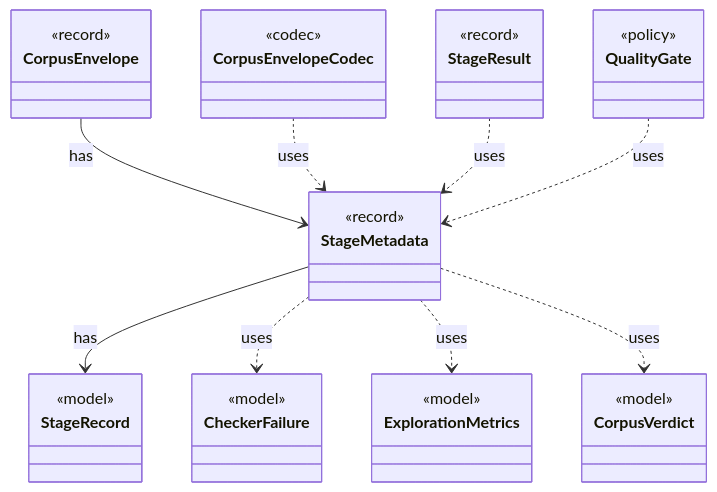
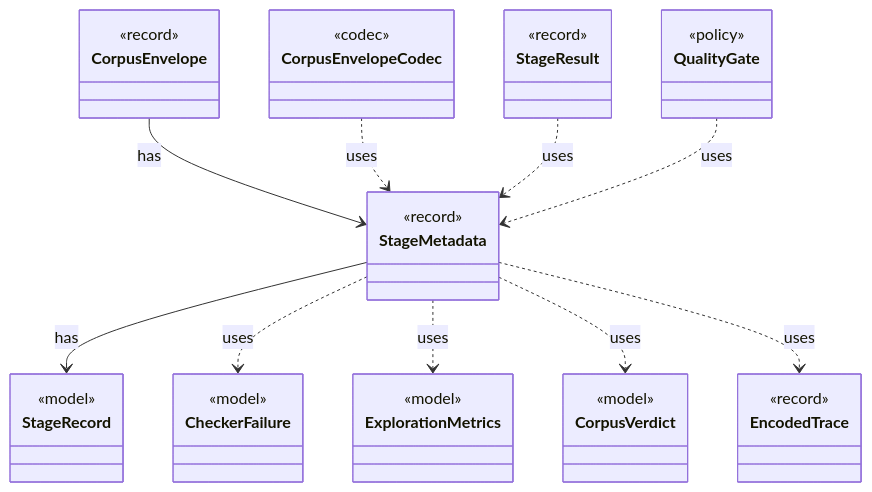
The diagram in dev/types/io.github.tlaplus.hardening.corpus.StageMetadata.md (tlaplus/model-checker-hardening), drawn with Mermaid before and after one commit. The commit also changed other lines of this file and 435 other files, not shown here.

````diff
--- a/dev/types/io.github.tlaplus.hardening.corpus.StageMetadata.md
+++ b/dev/types/io.github.tlaplus.hardening.corpus.StageMetadata.md
@@ -7,38 +7,42 @@
 ```mermaid
 classDiagram
   class StageMetadata {
     <<record>>
   }
   class StageRecord {
     <<model>>
   }
   class CorpusEnvelope {
     <<record>>
   }
   class CheckerFailure {
     <<model>>
   }
   class ExplorationMetrics {
     <<model>>
   }
   class CorpusVerdict {
     <<model>>
   }
+  class EncodedTrace {
+    <<record>>
+  }
   class CorpusEnvelopeCodec {
     <<codec>>
   }
   class StageResult {
     <<record>>
   }
   class QualityGate {
     <<policy>>
   }
   StageMetadata --> StageRecord : has
   CorpusEnvelope --> StageMetadata : has
   StageMetadata ..> CheckerFailure : uses
   StageMetadata ..> ExplorationMetrics : uses
   StageMetadata ..> CorpusVerdict : uses
+  StageMetadata ..> EncodedTrace : uses
   CorpusEnvelopeCodec ..> StageMetadata : uses
   StageResult ..> StageMetadata : uses
   QualityGate ..> StageMetadata : uses
 ```
````
